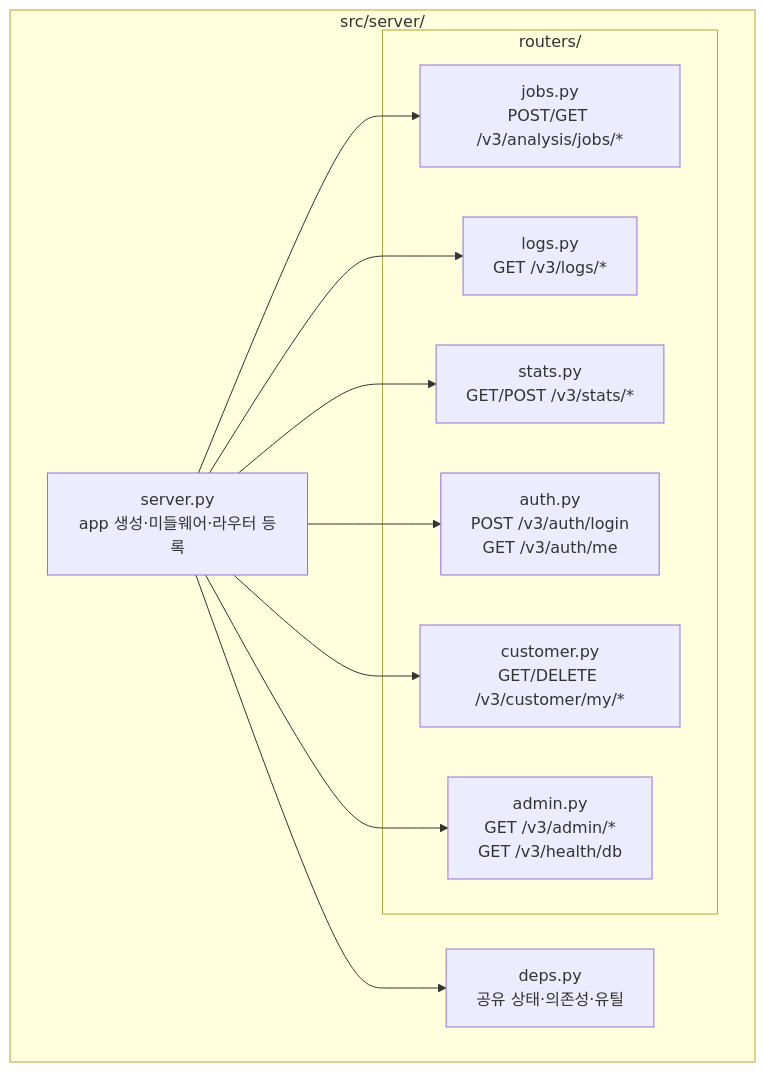
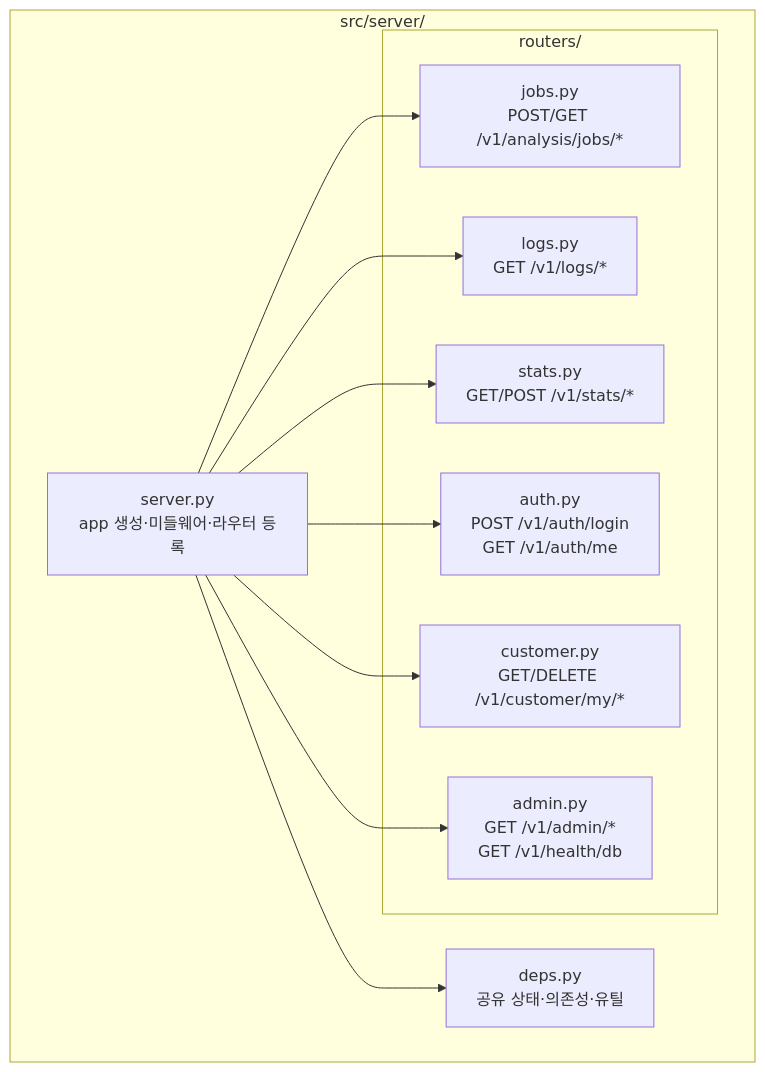
The first of 7 diagrams in docs/ops/SERVER_TEST_GUIDE.md (coteleafdev/SkinLens), drawn with Mermaid before and after one commit. The commit also changed other lines of this file and 52 other files, not shown here.

````diff
--- a/docs/ops/SERVER_TEST_GUIDE.md
+++ b/docs/ops/SERVER_TEST_GUIDE.md
@@ -16,24 +16,24 @@
 ```mermaid
 graph TB
     subgraph "src/server/"
         Deps[deps.py<br/>공유 상태·의존성·유틸]
         Server[server.py<br/>app 생성·미들웨어·라우터 등록]
         
         subgraph "routers/"
-            Jobs[jobs.py<br/>POST/GET /v3/analysis/jobs/*]
-            Logs[logs.py<br/>GET /v3/logs/*]
-            Stats[stats.py<br/>GET/POST /v3/stats/*]
-            Auth[auth.py<br/>POST /v3/auth/login<br/>GET /v3/auth/me]
-            Customer[customer.py<br/>GET/DELETE /v3/customer/my/*]
-            Admin[admin.py<br/>GET /v3/admin/*<br/>GET /v3/health/db]
+            Jobs[jobs.py<br/>POST/GET /v1/analysis/jobs/*]
+            Logs[logs.py<br/>GET /v1/logs/*]
+            Stats[stats.py<br/>GET/POST /v1/stats/*]
+            Auth[auth.py<br/>POST /v1/auth/login<br/>GET /v1/auth/me]
+            Customer[customer.py<br/>GET/DELETE /v1/customer/my/*]
+            Admin[admin.py<br/>GET /v1/admin/*<br/>GET /v1/health/db]
         end
     end
     
     Server --> Deps
     Server --> Jobs
     Server --> Logs
     Server --> Stats
     Server --> Auth
     Server --> Customer
     Server --> Admin
 ```
````
